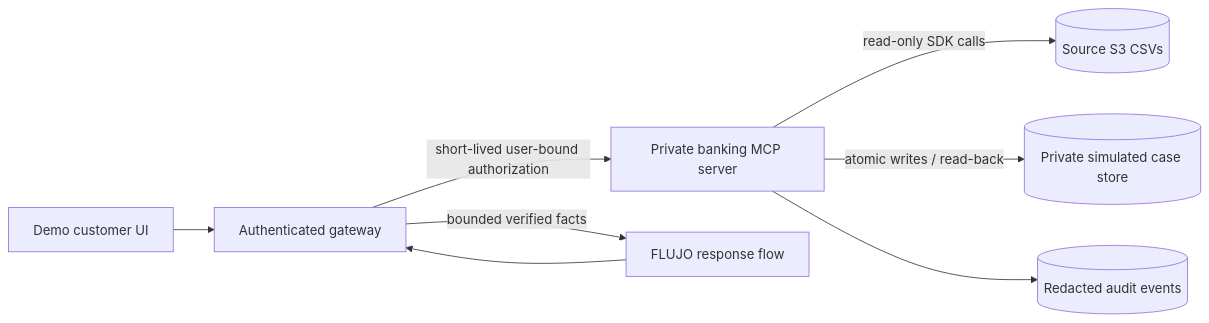
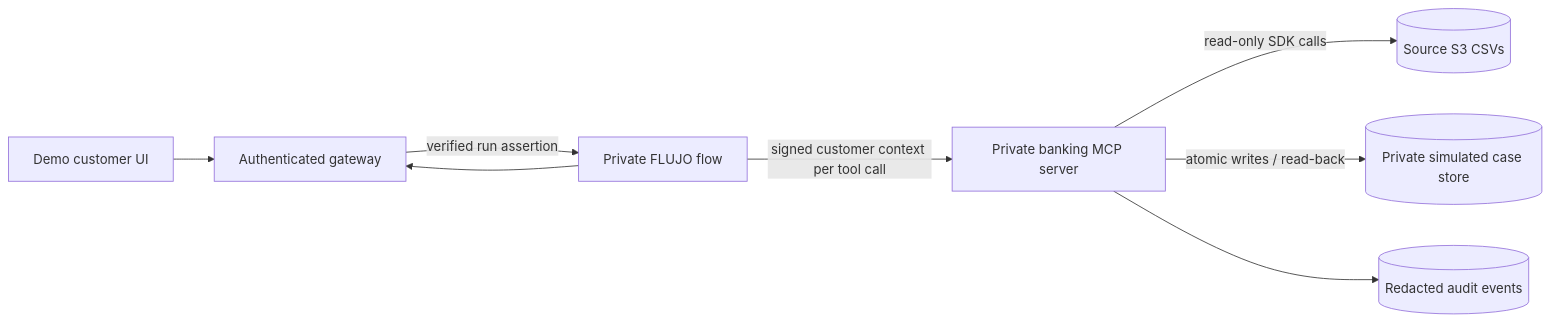
One commit to mario-andreschak/factored-hackathon-2026-mcg changed the diagram in docs/BANKING_MCP_S3_PLAN.md. Above: the diagram before and after it, drawn with Mermaid. The commit also changed other lines of this file and 3 other files, not shown here.

Commit message:
docs: propose customer-bound FLUJO banking MCP runs

````diff
--- a/docs/BANKING_MCP_S3_PLAN.md
+++ b/docs/BANKING_MCP_S3_PLAN.md
@@ -22,10 +22,10 @@
 ```mermaid
 flowchart LR
   U[Demo customer UI] --> G[Authenticated gateway]
-  G -->|short-lived user-bound authorization| M[Private banking MCP server]
+  G -->|verified run assertion| F[Private FLUJO flow]
+  F -->|signed customer context per tool call| M[Private banking MCP server]
   M -->|read-only SDK calls| S[(Source S3 CSVs)]
   M -->|atomic writes / read-back| C[(Private simulated case store)]
   M --> A[(Redacted audit events)]
-  G -->|bounded verified facts| F[FLUJO response flow]
   F --> G
 ```
````
